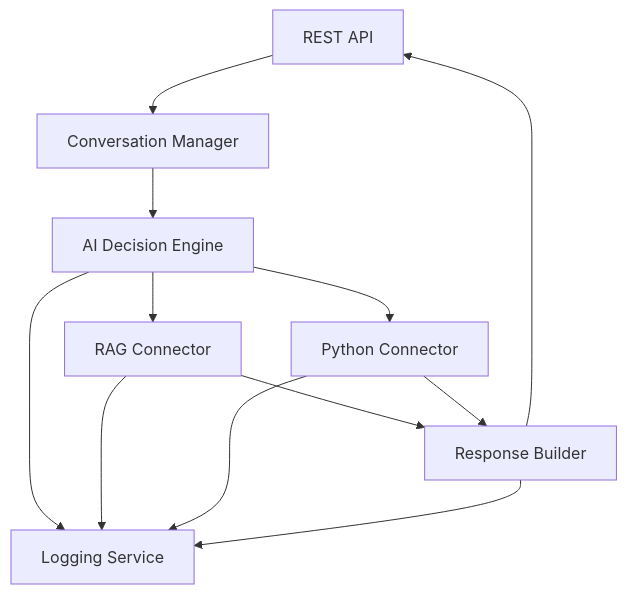
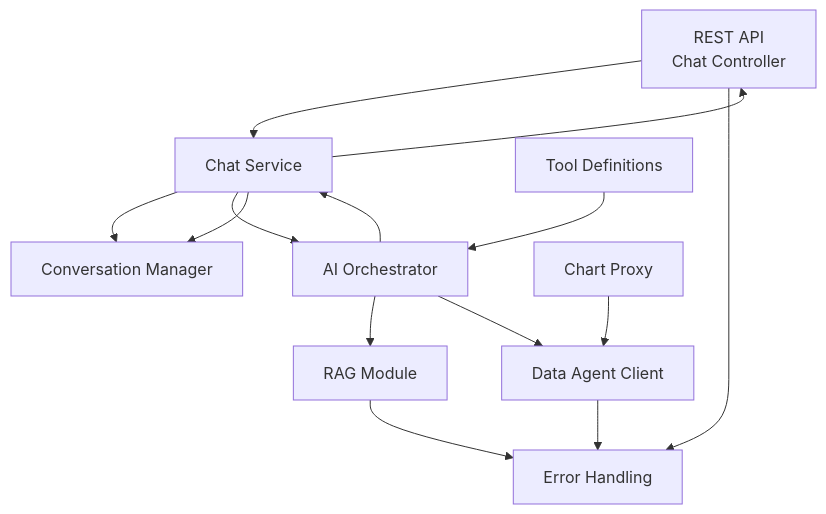
Before and after one commit to marcosaccani1/maranello-ai: the fourth of 10 diagrams in docs/it/03_System_Architecture.md, drawn with Mermaid. The commit also changed other lines of this file and 7 other files, not shown here.

````diff
--- a/docs/it/03_System_Architecture.md
+++ b/docs/it/03_System_Architecture.md
@@ -453,39 +591,32 @@
 ```mermaid
 flowchart TD
 
-Request["REST API"]
+    Request["REST API<br/>Chat Controller"]
+    Chat["Chat Service"]
+    Conversation["Conversation Manager"]
+    Orchestrator["AI Orchestrator"]
+    Tools["Tool Definitions"]
+    RAG["RAG Module"]
+    DataClient["Data Agent Client"]
+    ChartProxy["Chart Proxy"]
+    ErrorHandler["Error Handling"]
 
-Conversation["Conversation Manager"]
+    Request --> Chat
+    Chat --> Conversation
+    Chat --> Orchestrator
 
-Decision["AI Decision Engine"]
+    Tools --> Orchestrator
 
-RAG["RAG Connector"]
+    Orchestrator --> RAG
+    Orchestrator --> DataClient
 
-Python["Python Connector"]
+    Orchestrator --> Chat
+    Chat --> Conversation
+    Chat --> Request
 
-Response["Response Builder"]
+    Request --> ErrorHandler
+    DataClient --> ErrorHandler
+    RAG --> ErrorHandler
 
-Logger["Logging Service"]
-
-Request --> Conversation
-
-Conversation --> Decision
-
-Decision --> RAG
-
-Decision --> Python
-
-RAG --> Response
-
-Python --> Response
-
-Response --> Request
-
-Decision --> Logger
-
-RAG --> Logger
-
-Python --> Logger
-
-Response --> Logger
+    ChartProxy --> DataClient
 ```
````
